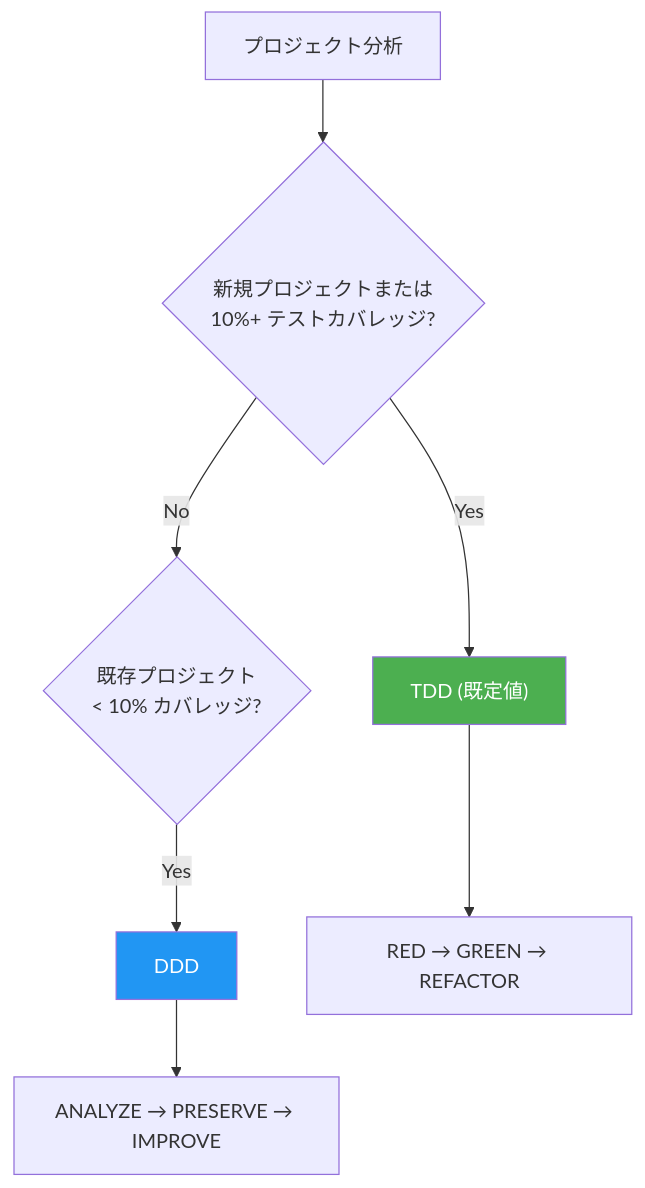
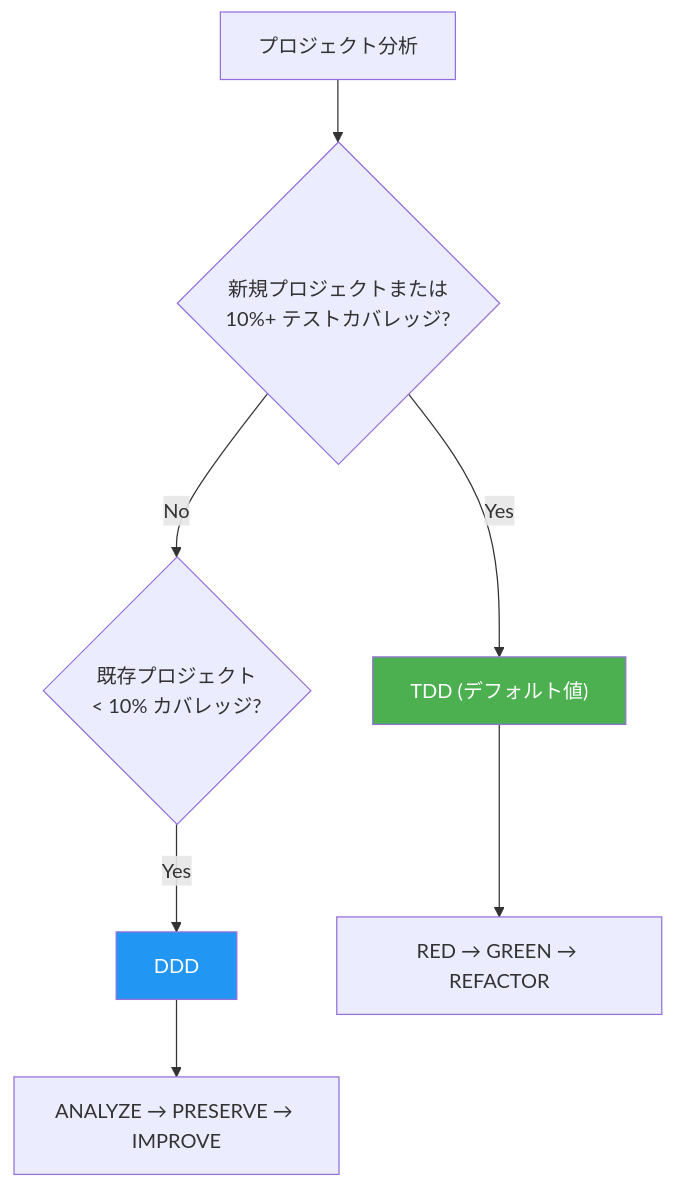
The diagram in docs-site/content/ja/getting-started/faq.md (modu-ai/moai-adk), drawn with Mermaid before and after one commit. The commit also changed other lines of this file and 180 other files, not shown here.

````diff
--- a/docs-site/content/ja/getting-started/faq.md
+++ b/docs-site/content/ja/getting-started/faq.md
@@ -176,12 +176,12 @@
 ```mermaid
 flowchart TD
     A["プロジェクト分析"] --> B{"新規プロジェクトまたは<br/>10%+ テストカバレッジ?"}
-    B -->|"Yes"| C["TDD (既定値)"]
+    B -->|"Yes"| C["TDD (デフォルト値)"]
     B -->|"No"| D{"既存プロジェクト<br/>< 10% カバレッジ?"}
     D -->|"Yes"| E["DDD"]
     C --> F["RED → GREEN → REFACTOR"]
     E --> G["ANALYZE → PRESERVE → IMPROVE"]
 
     style C fill:#4CAF50,color:#fff
     style E fill:#2196F3,color:#fff
 ```
````
